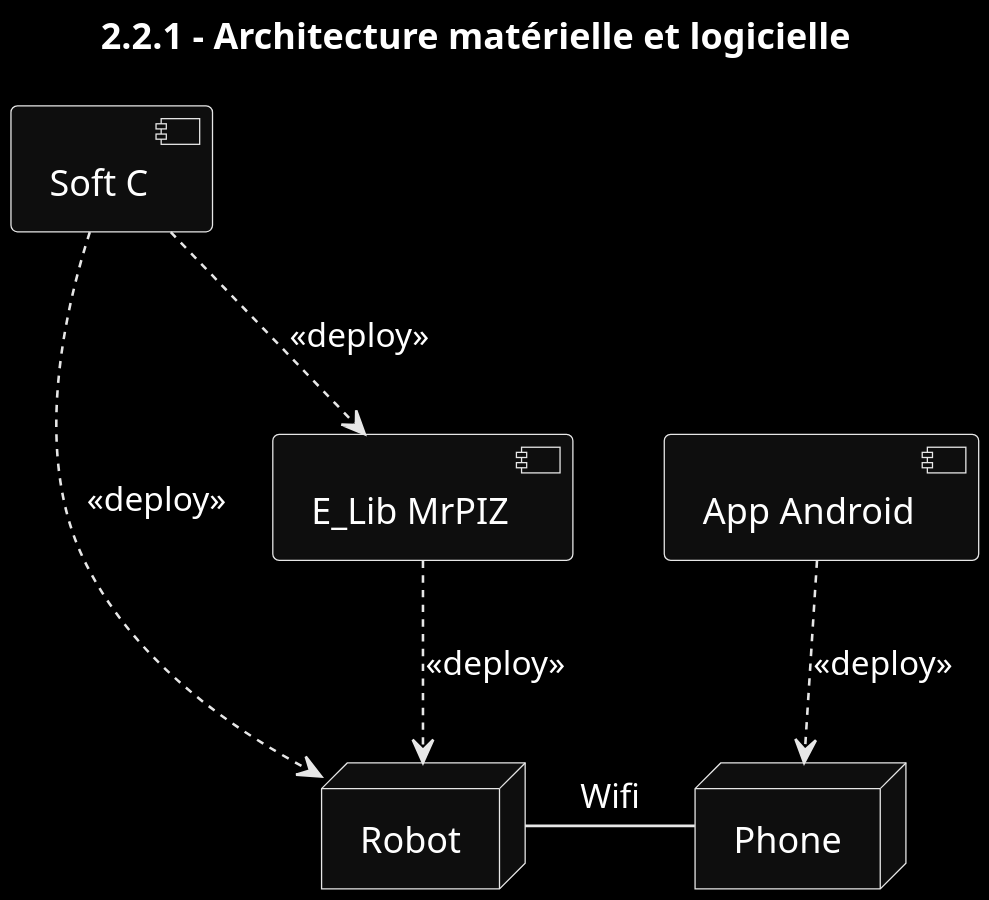
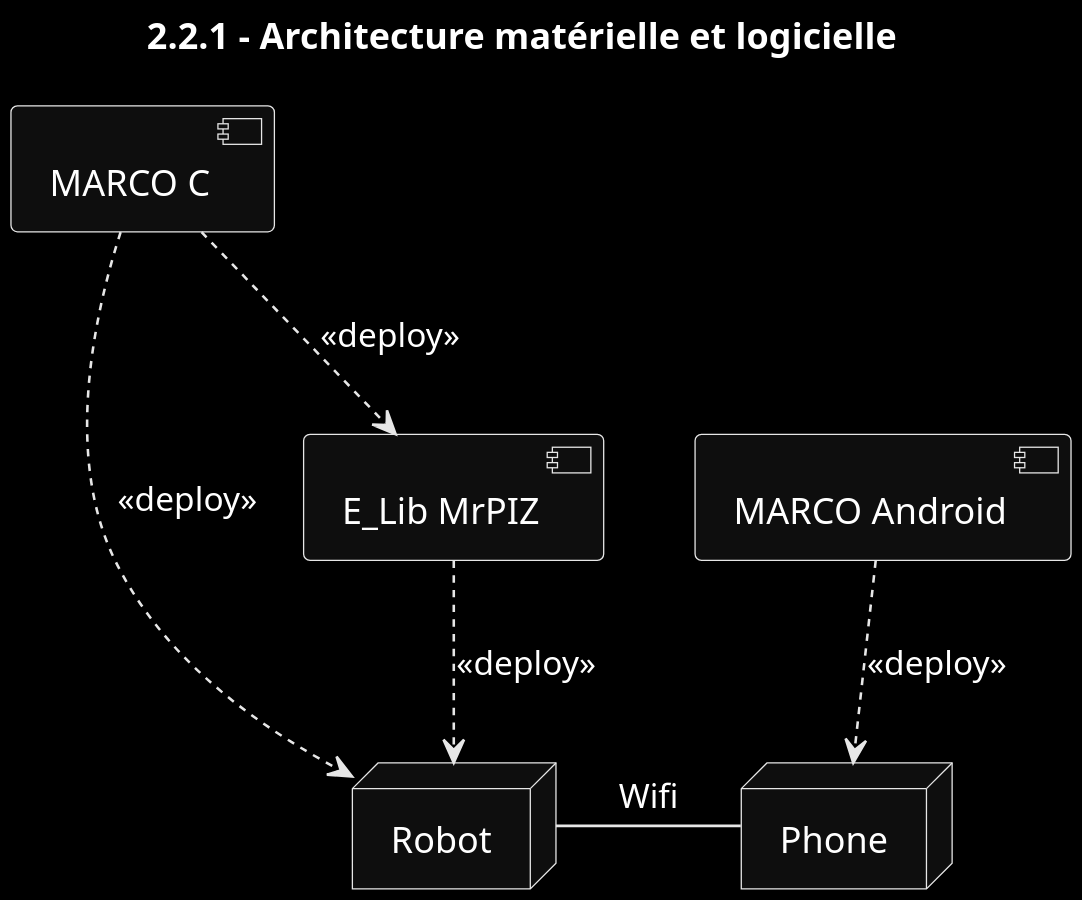
Before and after one commit to Larson-09/PATO_Project: the diagram in Diagrammes UML/2.2.1 - Architecture matérielle et logicielle/2.2.1 - Architecture matérielle et logicielle.puml, drawn with PlantUML.

Commit message:
Changement des noms

```diff
--- a/Diagrammes UML/2.2.1 - Architecture matérielle et logicielle/2.2.1 - Architecture matérielle et logicielle.puml
+++ b/Diagrammes UML/2.2.1 - Architecture matérielle et logicielle/2.2.1 - Architecture matérielle et logicielle.puml
@@ -1,13 +1,13 @@
 @startuml
 title 2.2.1 - Architecture matérielle et logicielle
 skinparam shadowing false
 skinparam monochrome reverse
 scale 1280*900
 node Robot
 node Phone
 Robot -r- Phone : Wifi
-[Soft C] ..> [E_Lib MrPIZ] : <<deploy>>
-[Soft C] ..> Robot : <<deploy>>
+[MARCO C] ..> [E_Lib MrPIZ] : <<deploy>>
+[MARCO C] ..> Robot : <<deploy>>
 [E_Lib MrPIZ] ..> Robot : <<deploy>>
-[App Android] ..> Phone : <<deploy>>
+[MARCO Android] ..> Phone : <<deploy>>
 @enduml
```
